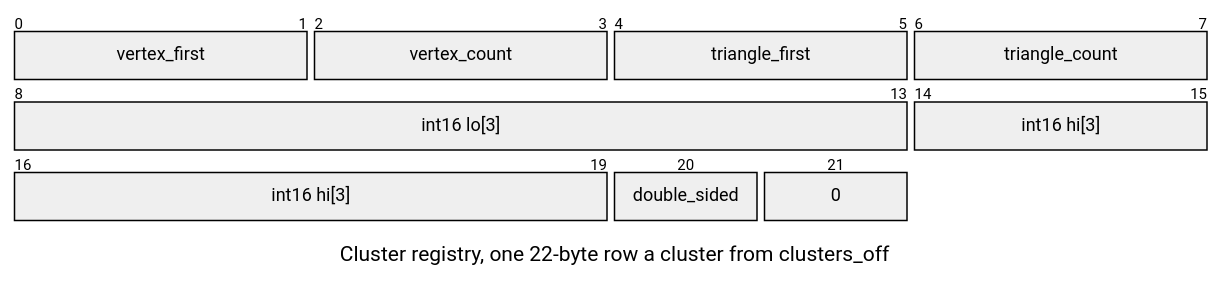
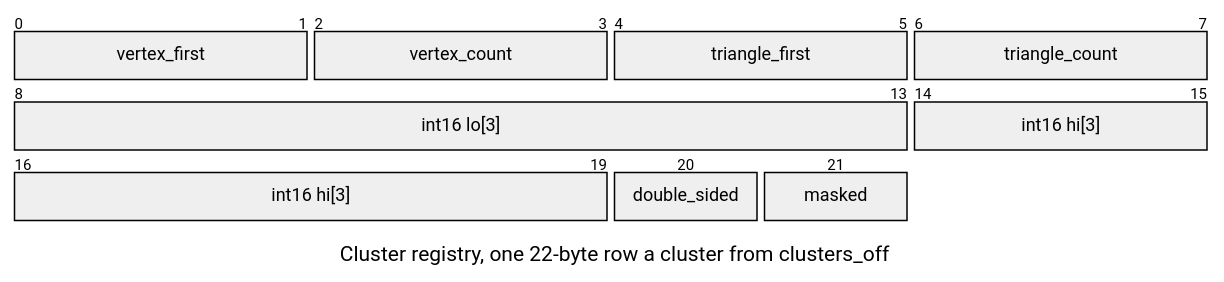
The second of 7 diagrams in docs/assets/formats/LMSH.md (jose-villegas/autana), drawn with Mermaid before and after one commit. The commit also changed other lines of this file and 33 other files, not shown here.

````diff
--- a/docs/assets/formats/LMSH.md
+++ b/docs/assets/formats/LMSH.md
@@ -35,19 +36,19 @@
 ```mermaid
 ---
 config:
-  themeCSS: "g:nth-of-type(2) rect:nth-of-type(1) { fill: #e3e3e3 !important; } g:nth-of-type(2) rect:nth-of-type(2) { fill: #93d6b0 !important; } g:nth-of-type(2) rect:nth-of-type(3) { fill: #e3e3e3 !important; } g:nth-of-type(2) rect:nth-of-type(4) { fill: #93d6b0 !important; } g:nth-of-type(3) rect:nth-of-type(1) { fill: #e3e3e3 !important; } g:nth-of-type(3) rect:nth-of-type(2) { fill: #e3e3e3 !important; } g:nth-of-type(4) rect:nth-of-type(1) { fill: #e3e3e3 !important; } g:nth-of-type(4) rect:nth-of-type(2) { fill: #e3e3e3 !important; } g:nth-of-type(4) rect:nth-of-type(3) { fill: #ffffff !important; stroke-dasharray: 4 3 !important; } .packetLabel { fill: #1b1b1b !important; }"
+  themeCSS: "g:nth-of-type(2) rect:nth-of-type(1) { fill: #e3e3e3 !important; } g:nth-of-type(2) rect:nth-of-type(2) { fill: #93d6b0 !important; } g:nth-of-type(2) rect:nth-of-type(3) { fill: #e3e3e3 !important; } g:nth-of-type(2) rect:nth-of-type(4) { fill: #93d6b0 !important; } g:nth-of-type(3) rect:nth-of-type(1) { fill: #e3e3e3 !important; } g:nth-of-type(3) rect:nth-of-type(2) { fill: #e3e3e3 !important; } g:nth-of-type(4) rect:nth-of-type(1) { fill: #e3e3e3 !important; } g:nth-of-type(4) rect:nth-of-type(2) { fill: #e3e3e3 !important; } g:nth-of-type(4) rect:nth-of-type(3) { fill: #e3e3e3 !important; } .packetLabel { fill: #1b1b1b !important; }"
   packet:
     bitsPerRow: 8
     bitWidth: 100
 ---
 packet-beta
 title Cluster registry, one 22-byte row a cluster from clusters_off
 0-1: "vertex_first"
 2-3: "vertex_count"
 4-5: "triangle_first"
 6-7: "triangle_count"
 8-13: "int16 lo[3]"
 14-19: "int16 hi[3]"
 20: "double_sided"
-21: "0"
+21: "masked"
 ```
````
